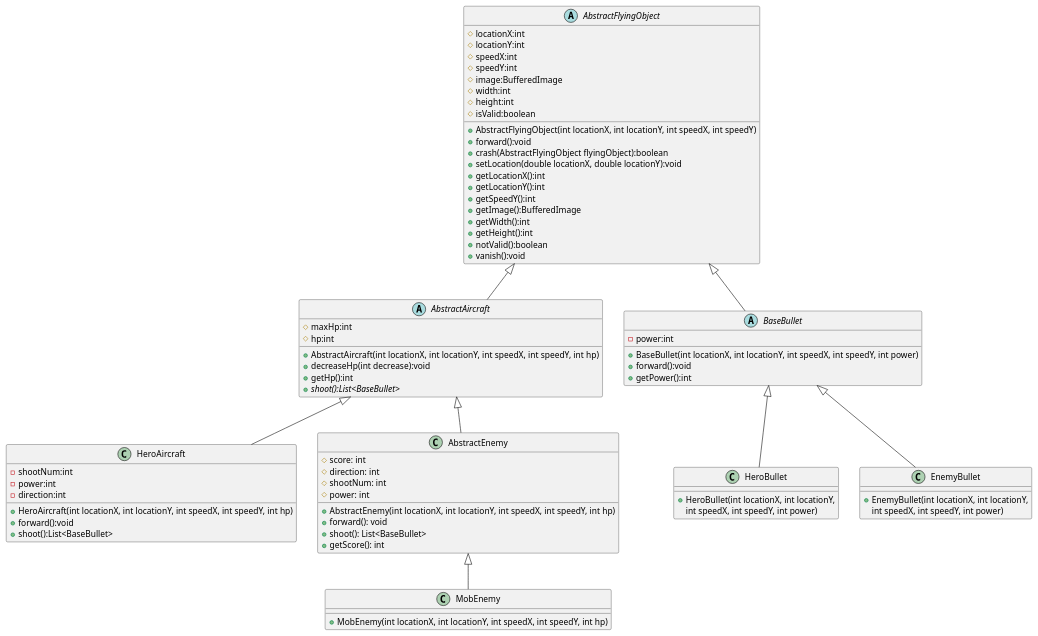
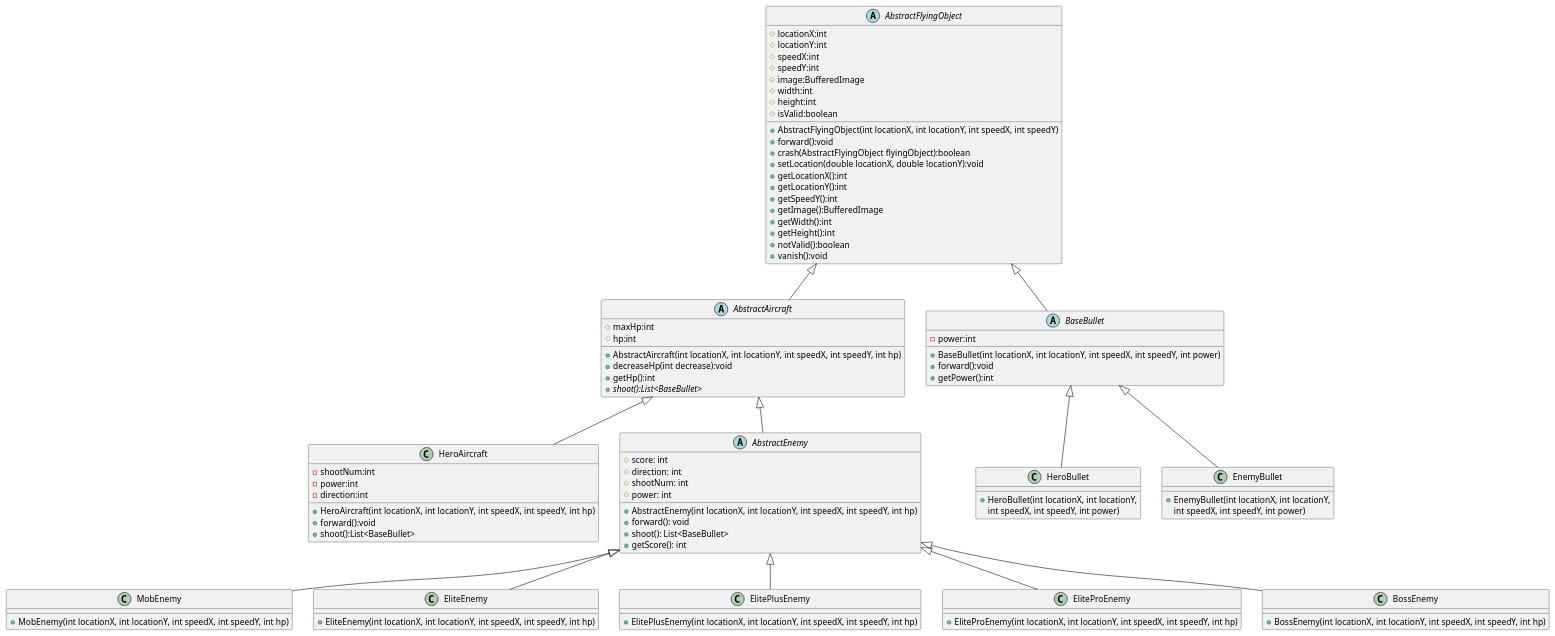
One commit to ChillyHigh/AircraftWar changed the diagram in uml/Inheritence.puml. Above: the diagram before and after it, drawn with PlantUML.

Commit message:
docs: 更新继承关系的uml图

```diff
--- a/uml/Inheritence.puml
+++ b/uml/Inheritence.puml
@@ -1,93 +1,111 @@
 @startuml
 'https://plantuml.com/class-diagram
 
 abstract class AbstractFlyingObject
 {
     # locationX:int
     # locationY:int
     # speedX:int
     # speedY:int
     # image:BufferedImage
     # width:int
     # height:int
     # isValid:boolean
 
     + AbstractFlyingObject(int locationX, int locationY, int speedX, int speedY)
     + forward():void
     + crash(AbstractFlyingObject flyingObject):boolean
     + setLocation(double locationX, double locationY):void
     + getLocationX():int
     + getLocationY():int
     + getSpeedY():int
     + getImage():BufferedImage
     + getWidth():int
     + getHeight():int
     + notValid():boolean
     + vanish():void
 }
 abstract class AbstractAircraft
 {
 	# maxHp:int
     # hp:int
     + AbstractAircraft(int locationX, int locationY, int speedX, int speedY, int hp)
     + decreaseHp(int decrease):void
     + getHp():int
     + {abstract} shoot():List<BaseBullet>
  }
 
 
 class HeroAircraft {
     - shootNum:int
     - power:int
     - direction:int
     + HeroAircraft(int locationX, int locationY, int speedX, int speedY, int hp)
     + forward():void
     + shoot():List<BaseBullet>
 }
 
 AbstractAircraft <|-- HeroAircraft
 
-class AbstractEnemy {
+abstract class AbstractEnemy {
     # score: int
     # direction: int
     # shootNum: int
     # power: int
     + AbstractEnemy(int locationX, int locationY, int speedX, int speedY, int hp)
     + forward(): void
     + shoot(): List<BaseBullet>
     + getScore(): int
 
 }
 
 AbstractAircraft <|-- AbstractEnemy
 
 class MobEnemy {
     + MobEnemy(int locationX, int locationY, int speedX, int speedY, int hp)
 }
+
+class EliteEnemy {
+    + EliteEnemy(int locationX, int locationY, int speedX, int speedY, int hp)
+}
+class ElitePlusEnemy {
+    + ElitePlusEnemy(int locationX, int locationY, int speedX, int speedY, int hp)
+}
+class EliteProEnemy {
+    + EliteProEnemy(int locationX, int locationY, int speedX, int speedY, int hp)
+}
+class BossEnemy {
+    + BossEnemy(int locationX, int locationY, int speedX, int speedY, int hp)
+}
+
 AbstractEnemy <|-- MobEnemy
+AbstractEnemy <|-- EliteEnemy
+AbstractEnemy <|-- ElitePlusEnemy
+AbstractEnemy <|-- EliteProEnemy
+AbstractEnemy <|-- BossEnemy
 
 abstract class BaseBullet
 {
     - power:int
     + BaseBullet(int locationX, int locationY, int speedX, int speedY, int power)
     + forward():void
 	+ getPower():int
 }
 
 class HeroBullet {
     + HeroBullet(int locationX, int locationY,
      int speedX, int speedY, int power)
 }
 
 class EnemyBullet {
     + EnemyBullet(int locationX, int locationY,
      int speedX, int speedY, int power)
 }
 
 BaseBullet <|-- HeroBullet
 BaseBullet <|-- EnemyBullet
 
 AbstractFlyingObject <|-- AbstractAircraft
 AbstractFlyingObject <|-- BaseBullet
 
 @enduml
```
